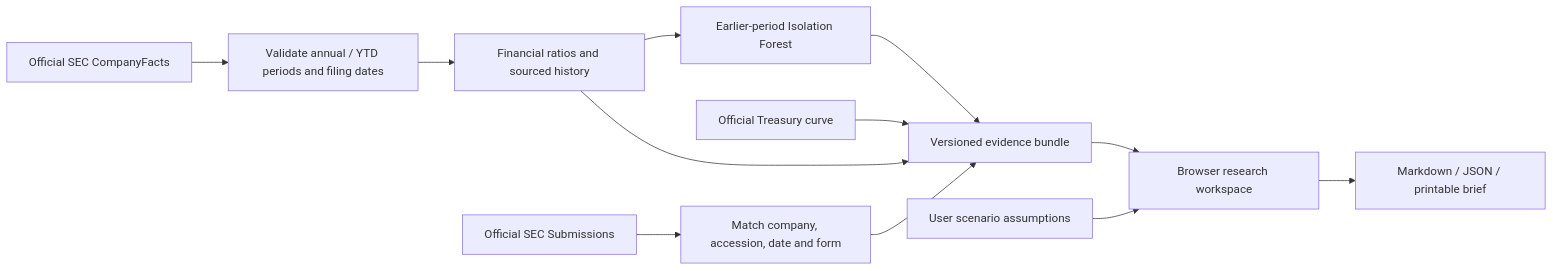
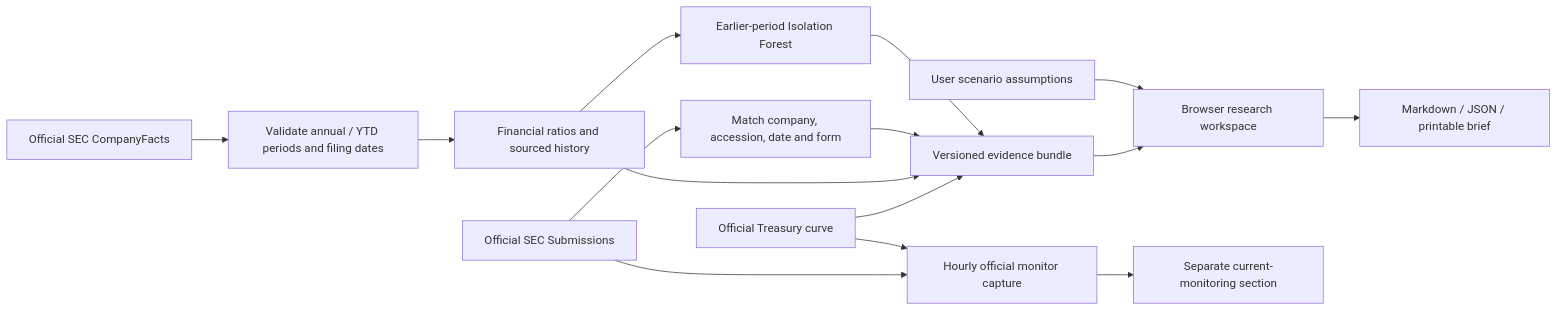
The diagram in README.md (leon1111-wgl/finscope), drawn with Mermaid before and after one commit. The commit also changed other lines of this file, not shown here.

Commit message:
docs: explain the current official monitoring workflow

````diff
--- a/README.md
+++ b/README.md
@@ -50,14 +53,17 @@
 ```mermaid
 flowchart LR
   S[Official SEC CompanyFacts] --> V[Validate annual / YTD periods and filing dates]
   V --> F[Financial ratios and sourced history]
   F --> M[Earlier-period Isolation Forest]
   T[Official Treasury curve] --> B[Versioned evidence bundle]
   F --> B
   D[Official SEC Submissions] --> L[Match company, accession, date and form]
   L --> B
   M --> B
   B --> U[Browser research workspace]
   A[User scenario assumptions] --> U
   U --> R[Markdown / JSON / printable brief]
+  D --> C[Hourly official monitor capture]
+  T --> C
+  C --> W[Separate current-monitoring section]
 ```
````
